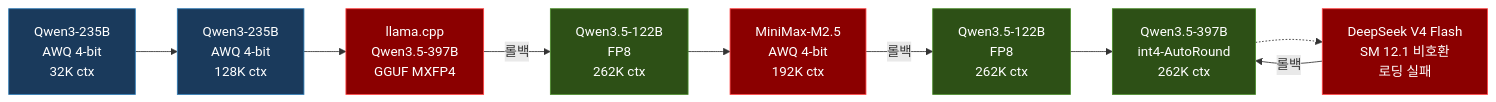
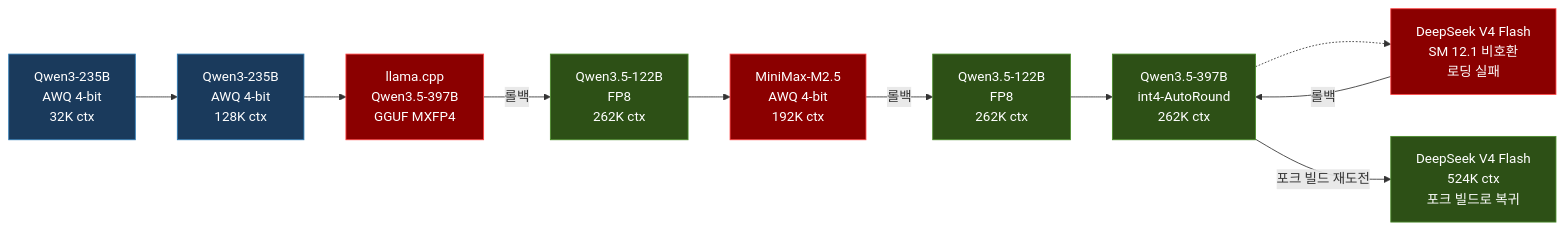
One commit to whguswka/whguswka.github.io changed the diagram in _posts/2026-03-25-llm-serving-models.md. Above: the diagram before and after it, drawn with Mermaid. The commit also changed other lines of this file and 6 other files, not shown here.

First line of the commit message:
blog: 7개 포스트 포트폴리오 지향 현행화 (DeepSeek V4 Flash 524K, hocg 4-way)

````diff
--- a/_posts/2026-03-25-llm-serving-models.md
+++ b/_posts/2026-03-25-llm-serving-models.md
@@ -27,20 +28,22 @@
 ```mermaid
 graph LR
     A["Qwen3-235B<br/>AWQ 4-bit<br/>32K ctx"] --> B["Qwen3-235B<br/>AWQ 4-bit<br/>128K ctx"]
     B --> C["llama.cpp<br/>Qwen3.5-397B<br/>GGUF MXFP4"]
     C -->|롤백| D["Qwen3.5-122B<br/>FP8<br/>262K ctx"]
     D --> E["MiniMax-M2.5<br/>AWQ 4-bit<br/>192K ctx"]
     E -->|롤백| F["Qwen3.5-122B<br/>FP8<br/>262K ctx"]
     F --> G["Qwen3.5-397B<br/>int4-AutoRound<br/>262K ctx"]
     G -.-> H["DeepSeek V4 Flash<br/>SM 12.1 비호환<br/>로딩 실패"]
     H -->|롤백| G
+    G -->|포크 빌드 재도전| I["DeepSeek V4 Flash<br/>524K ctx<br/>포크 빌드로 복귀"]
     
     style A fill:#1a3a5c,stroke:#2e7bb5,color:#fff
     style B fill:#1a3a5c,stroke:#2e7bb5,color:#fff
     style C fill:#8b0000,stroke:#ff4444,color:#fff
     style D fill:#2d5016,stroke:#4a8c2a,color:#fff
     style E fill:#8b0000,stroke:#ff4444,color:#fff
     style F fill:#2d5016,stroke:#4a8c2a,color:#fff
     style G fill:#2d5016,stroke:#4a8c2a,color:#fff
     style H fill:#8b0000,stroke:#ff4444,color:#fff
+    style I fill:#2d5016,stroke:#4a8c2a,color:#fff
 ```
````
